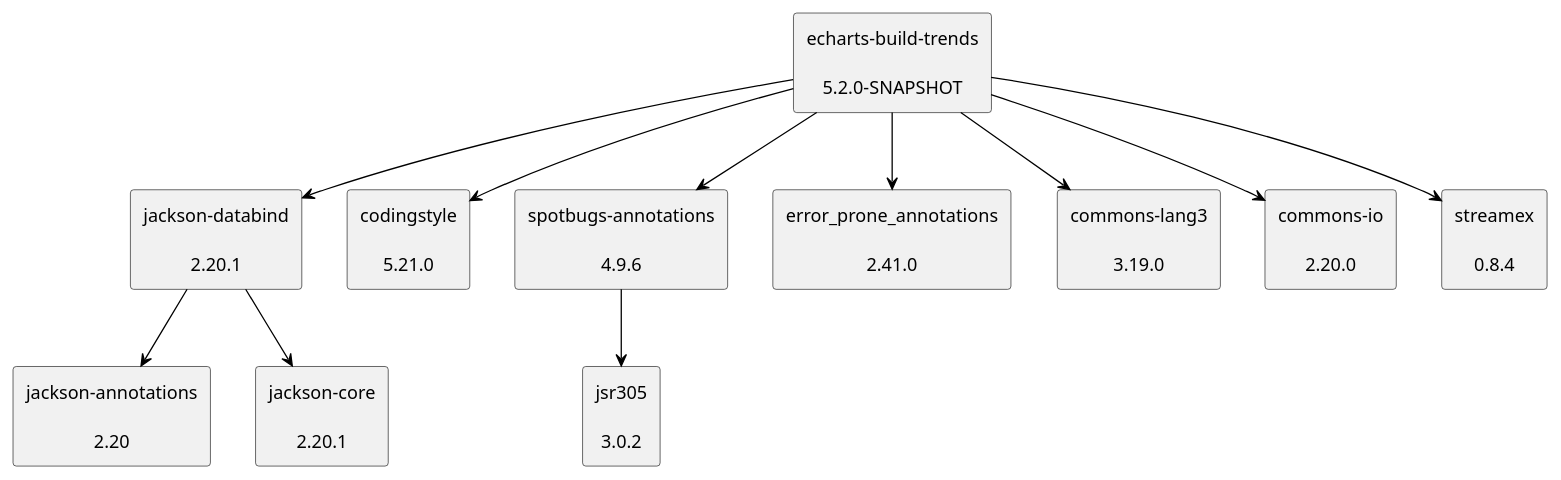
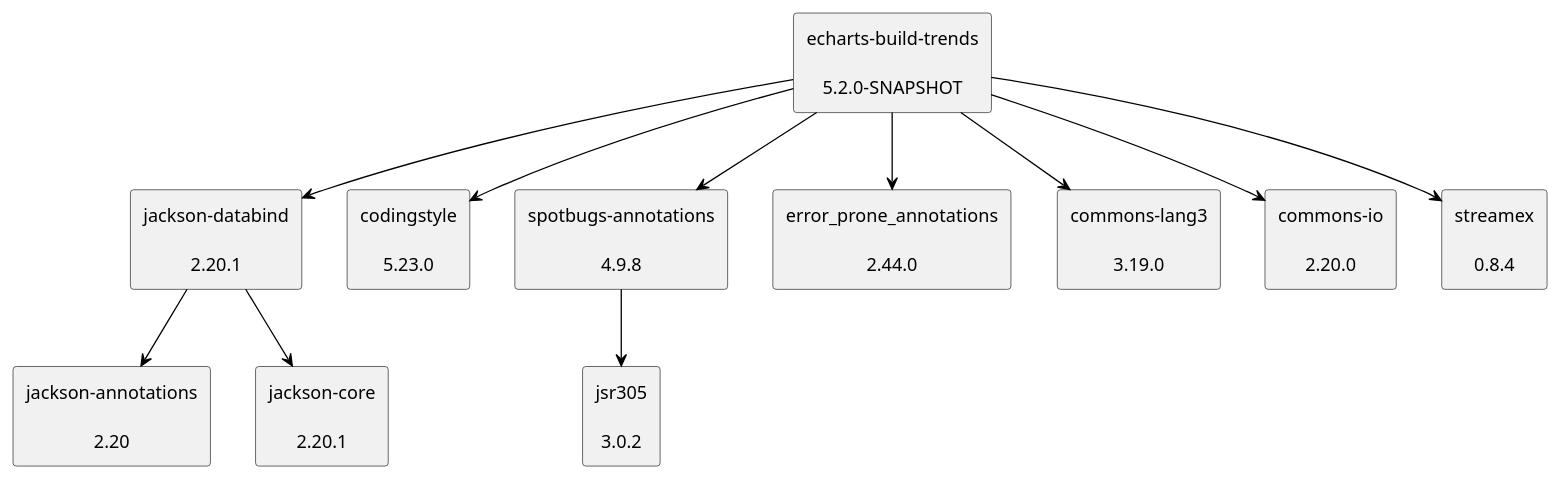
The diagram in doc/dependency-graph.puml (uhafner/echarts-build-trends), drawn with PlantUML before and after one commit.

Commit message:
Update dependency graph to latest versions from POM

```diff
--- a/doc/dependency-graph.puml
+++ b/doc/dependency-graph.puml
@@ -1,30 +1,30 @@
 @startuml
 skinparam defaultTextAlignment center
 skinparam rectangle {
   BackgroundColor<<optional>> beige
   BackgroundColor<<test>> lightGreen
   BackgroundColor<<runtime>> lightBlue
   BackgroundColor<<provided>> lightGray
 }
 rectangle "jackson-databind\n\n2.20.1" as com_fasterxml_jackson_core_jackson_databind_jar
 rectangle "jackson-annotations\n\n2.20" as com_fasterxml_jackson_core_jackson_annotations_jar
 rectangle "jackson-core\n\n2.20.1" as com_fasterxml_jackson_core_jackson_core_jar
 rectangle "echarts-build-trends\n\n5.2.0-SNAPSHOT" as edu_hm_hafner_echarts_build_trends_jar
-rectangle "codingstyle\n\n5.21.0" as edu_hm_hafner_codingstyle_jar
-rectangle "spotbugs-annotations\n\n4.9.6" as com_github_spotbugs_spotbugs_annotations_jar
+rectangle "codingstyle\n\n5.23.0" as edu_hm_hafner_codingstyle_jar
+rectangle "spotbugs-annotations\n\n4.9.8" as com_github_spotbugs_spotbugs_annotations_jar
 rectangle "jsr305\n\n3.0.2" as com_google_code_findbugs_jsr305_jar
-rectangle "error_prone_annotations\n\n2.41.0" as com_google_errorprone_error_prone_annotations_jar
+rectangle "error_prone_annotations\n\n2.44.0" as com_google_errorprone_error_prone_annotations_jar
 rectangle "commons-lang3\n\n3.19.0" as org_apache_commons_commons_lang3_jar
 rectangle "commons-io\n\n2.20.0" as commons_io_commons_io_jar
 rectangle "streamex\n\n0.8.4" as one_util_streamex_jar
 com_fasterxml_jackson_core_jackson_databind_jar -[#000000]-> com_fasterxml_jackson_core_jackson_annotations_jar
 com_fasterxml_jackson_core_jackson_databind_jar -[#000000]-> com_fasterxml_jackson_core_jackson_core_jar
 edu_hm_hafner_echarts_build_trends_jar -[#000000]-> com_fasterxml_jackson_core_jackson_databind_jar
 edu_hm_hafner_echarts_build_trends_jar -[#000000]-> edu_hm_hafner_codingstyle_jar
 com_github_spotbugs_spotbugs_annotations_jar -[#000000]-> com_google_code_findbugs_jsr305_jar
 edu_hm_hafner_echarts_build_trends_jar -[#000000]-> com_github_spotbugs_spotbugs_annotations_jar
 edu_hm_hafner_echarts_build_trends_jar -[#000000]-> com_google_errorprone_error_prone_annotations_jar
 edu_hm_hafner_echarts_build_trends_jar -[#000000]-> org_apache_commons_commons_lang3_jar
 edu_hm_hafner_echarts_build_trends_jar -[#000000]-> commons_io_commons_io_jar
 edu_hm_hafner_echarts_build_trends_jar -[#000000]-> one_util_streamex_jar
 @enduml
```
